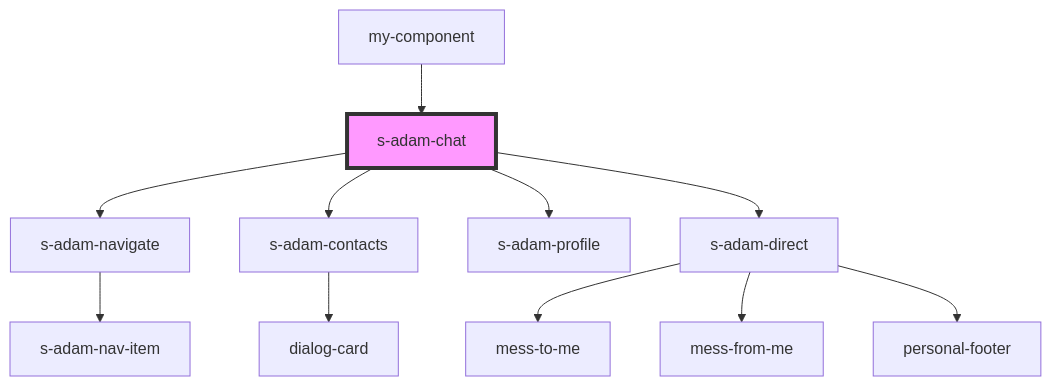
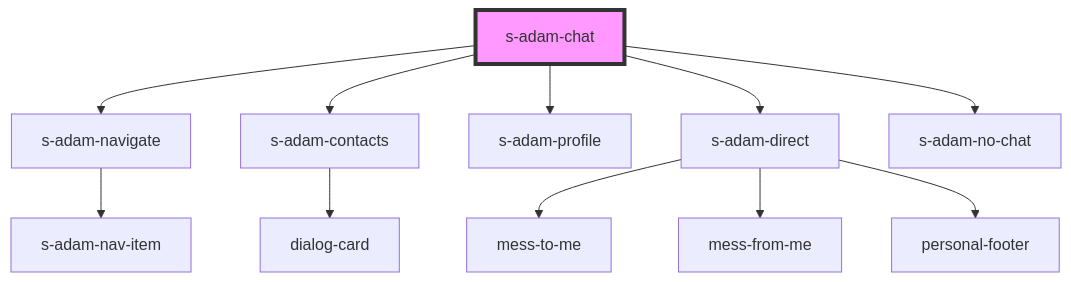
Before and after one commit to saqhan/stencil-chat: the diagram in src/components/comp/s-adam-chat/readme.md, drawn with Mermaid. The commit also changed other lines of this file and 4 other files, not shown here.

````diff
--- a/src/components/comp/s-adam-chat/readme.md
+++ b/src/components/comp/s-adam-chat/readme.md
@@ -22,14 +19,14 @@
 ```mermaid
 graph TD;
   s-adam-chat --> s-adam-navigate
   s-adam-chat --> s-adam-contacts
   s-adam-chat --> s-adam-profile
   s-adam-chat --> s-adam-direct
+  s-adam-chat --> s-adam-no-chat
   s-adam-navigate --> s-adam-nav-item
   s-adam-contacts --> dialog-card
   s-adam-direct --> mess-to-me
   s-adam-direct --> mess-from-me
   s-adam-direct --> personal-footer
-  my-component --> s-adam-chat
   style s-adam-chat fill:#f9f,stroke:#333,stroke-width:4px
 ```
````
